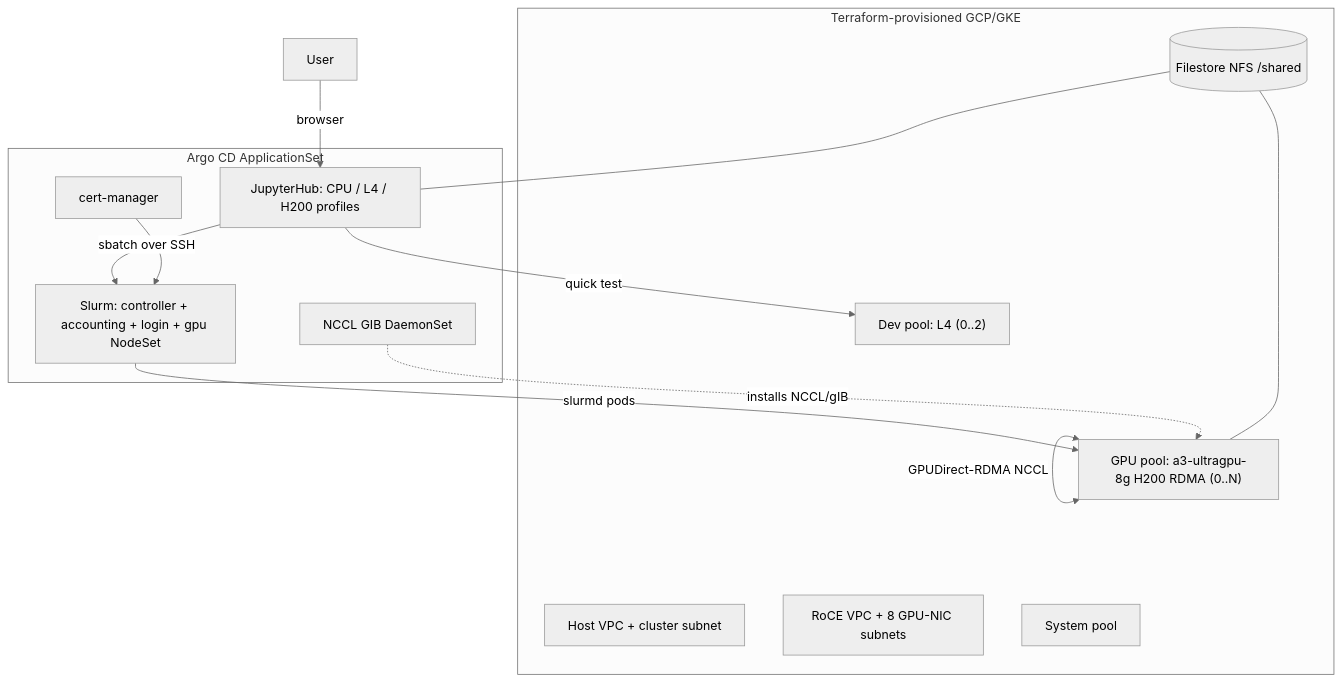
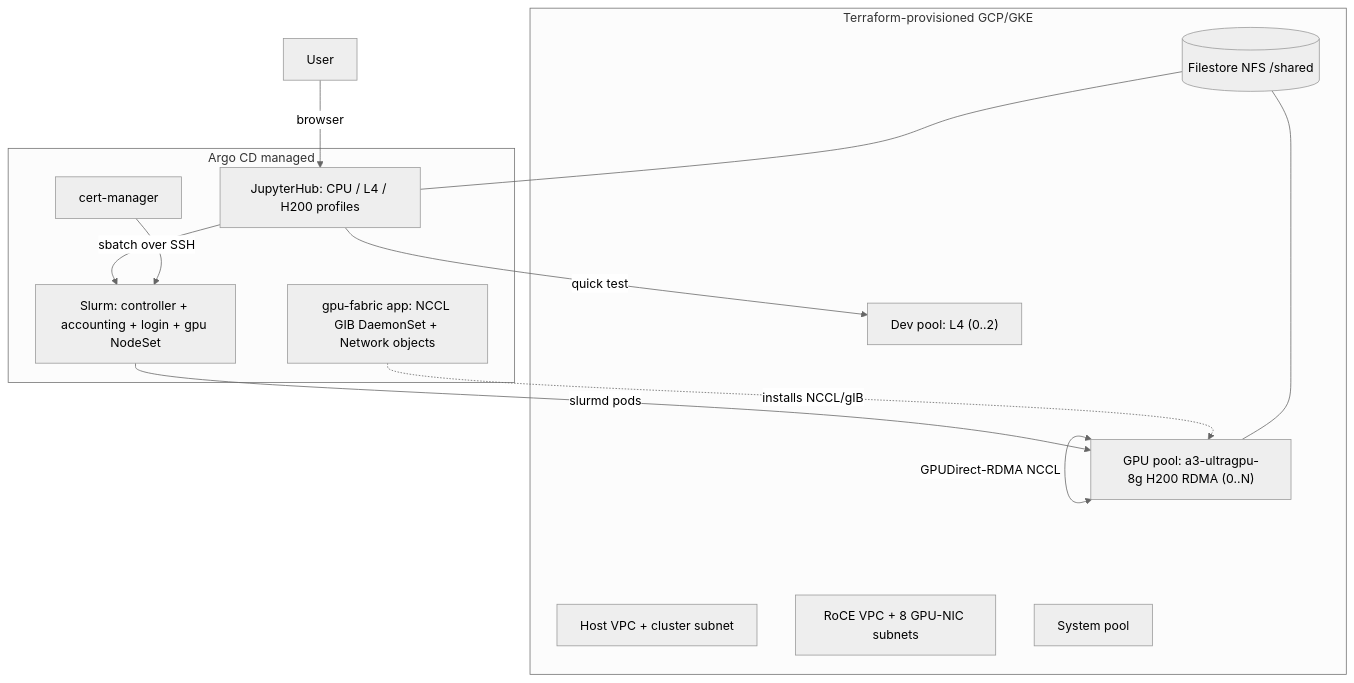
The diagram in README.md (ogoldstein-spacex/k8s_deploy), drawn with Mermaid (neutral theme) before and after one commit. The commit also changed other lines of this file, not shown here.

First line of the commit message:
docs: update README for Argo-first GitOps + floating chart versions

````diff
--- a/README.md
+++ b/README.md
@@ -20,26 +20,26 @@
 ```mermaid
 flowchart TB
   subgraph gcp [Terraform-provisioned GCP/GKE]
     hostVPC[Host VPC + cluster subnet]
     rdmaVPC[RoCE VPC + 8 GPU-NIC subnets]
     cpuPool[System pool]
     devPool["Dev pool: L4 (0..2)"]
     gpuPool["GPU pool: a3-ultragpu-8g H200 RDMA (0..N)"]
     fs[(Filestore NFS /shared)]
   end
-  subgraph apps [Argo CD ApplicationSet]
+  subgraph apps [Argo CD managed]
+    gib["gpu-fabric app: NCCL GIB DaemonSet + Network objects"]
     certmgr[cert-manager]
-    gib[NCCL GIB DaemonSet]
     slurm["Slurm: controller + accounting + login + gpu NodeSet"]
     jhub["JupyterHub: CPU / L4 / H200 profiles"]
   end
   dev[User] -->|browser| jhub
   jhub -->|quick test| devPool
   jhub -->|"sbatch over SSH"| slurm
   slurm -->|slurmd pods| gpuPool
   gpuPool <-->|GPUDirect-RDMA NCCL| gpuPool
   gib -. installs NCCL/gIB .-> gpuPool
   certmgr --> slurm
   fs --- gpuPool
   fs --- jhub
 ```
````
